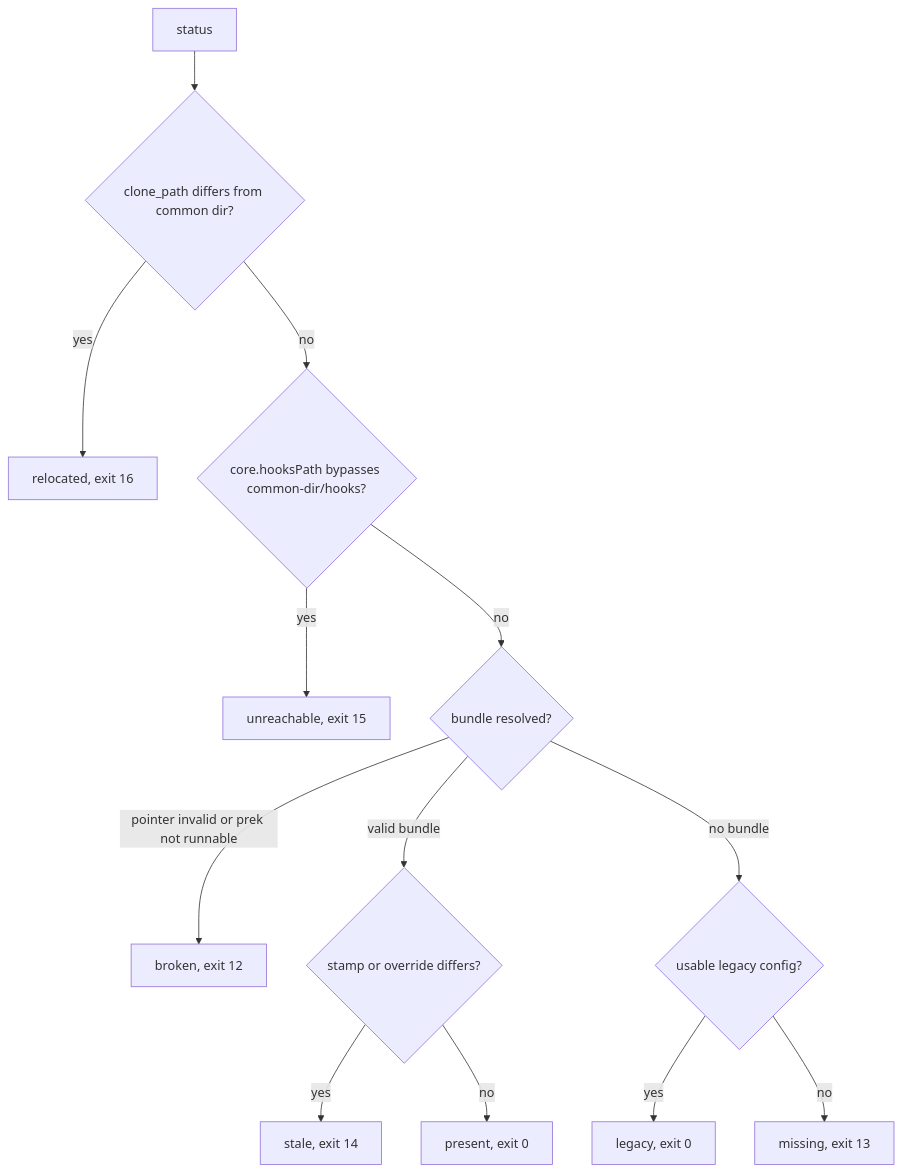
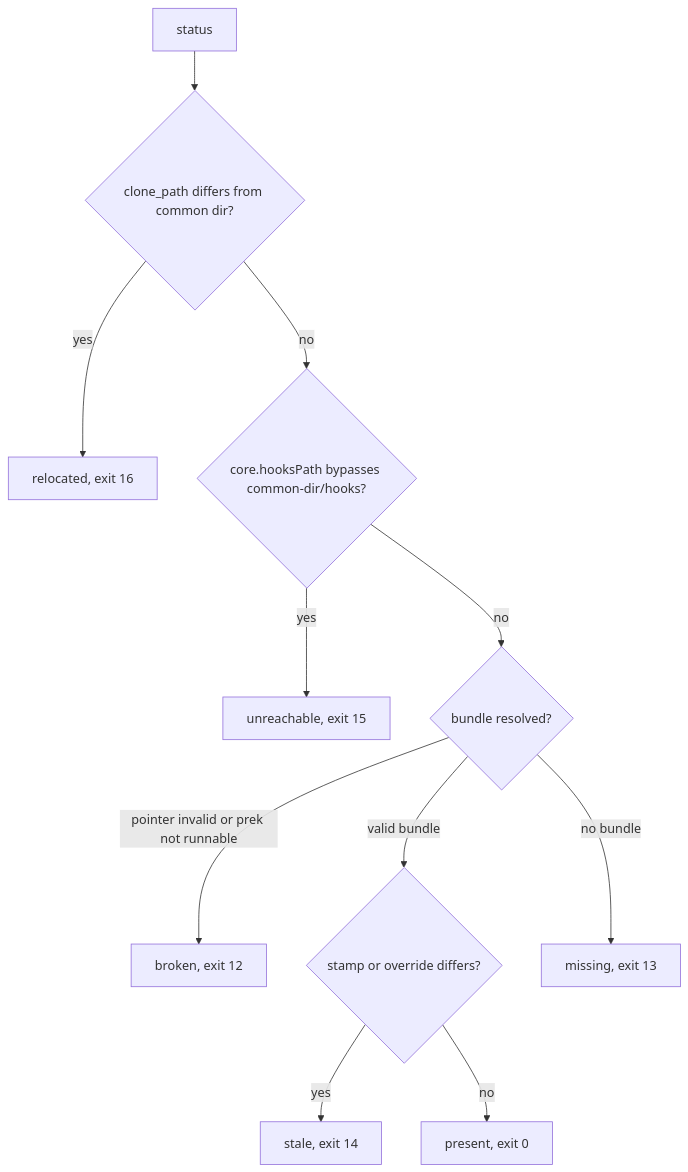
The second of 2 diagrams in docs/hooks.md (phillipgreenii/nix-repo-base), drawn with Mermaid before and after one commit. The commit also changed other lines of this file and 9 other files, not shown here.

````diff
--- a/docs/hooks.md
+++ b/docs/hooks.md
@@ -135,15 +133,13 @@
 ```mermaid
 flowchart TD
   A["status"] --> B{"clone_path differs from common dir?"}
   B -->|"yes"| R["relocated, exit 16"]
   B -->|"no"| C{"core.hooksPath bypasses common-dir/hooks?"}
   C -->|"yes"| U["unreachable, exit 15"]
   C -->|"no"| D{"bundle resolved?"}
   D -->|"pointer invalid or prek not runnable"| BR["broken, exit 12"]
   D -->|"valid bundle"| E{"stamp or override differs?"}
   E -->|"yes"| ST["stale, exit 14"]
   E -->|"no"| P["present, exit 0"]
-  D -->|"no bundle"| F{"usable legacy config?"}
-  F -->|"yes"| L["legacy, exit 0"]
-  F -->|"no"| M["missing, exit 13"]
+  D -->|"no bundle"| M["missing, exit 13"]
 ```
````
